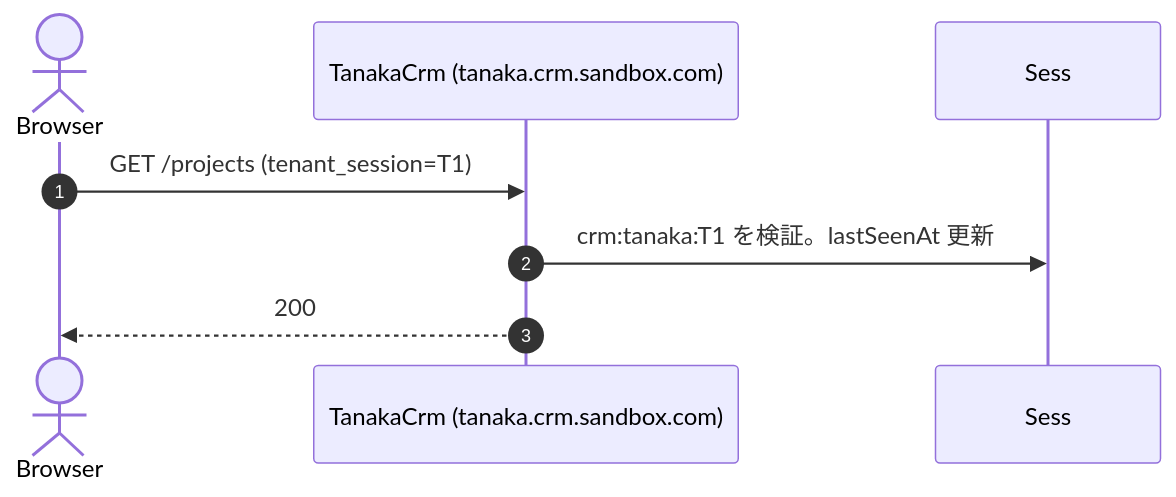
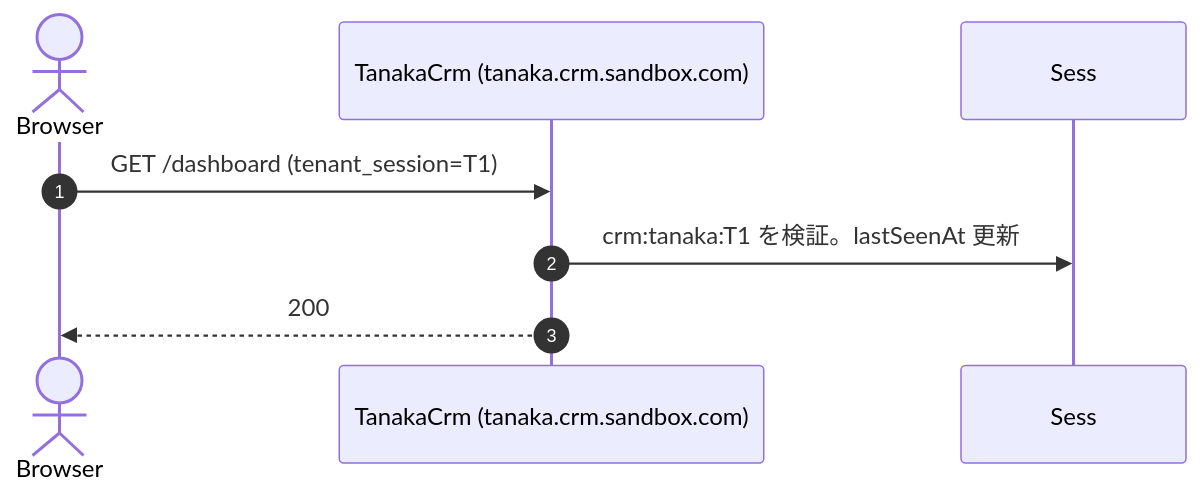
One commit to daisuke-tanabe/multi-domain-sandbox changed the tenth of 16 diagrams in docs/design/02-auth-sequences.md. Above: the diagram before and after it, drawn with Mermaid. The commit also changed other lines of this file and 97 other files, not shown here.

````diff
--- a/docs/design/02-auth-sequences.md
+++ b/docs/design/02-auth-sequences.md
@@ -361,11 +415,11 @@
 ```mermaid
 sequenceDiagram
     autonumber
     actor Browser
     participant TanakaCrm as TanakaCrm (tanaka.crm.sandbox.com)
     participant Sess
 
-    Browser->>TanakaCrm: GET /projects (tenant_session=T1)
+    Browser->>TanakaCrm: GET /dashboard (tenant_session=T1)
     TanakaCrm->>Sess: crm:tanaka:T1 を検証。lastSeenAt 更新
     TanakaCrm-->>Browser: 200
 ```
````
